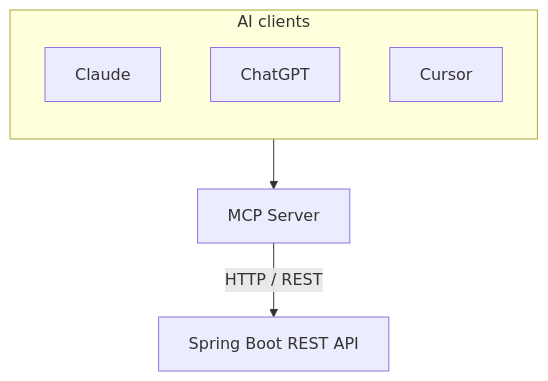
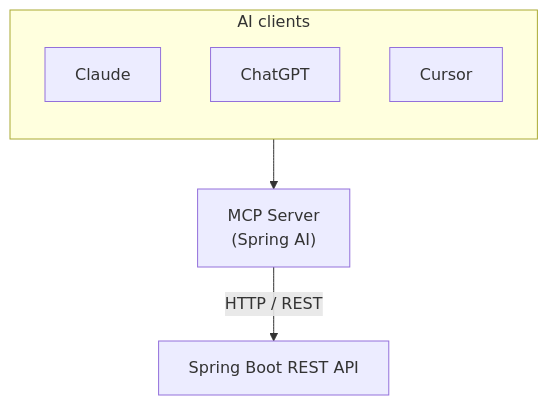
The second of 3 diagrams in src/content/articles/mcp/adapting-spring-boot-rest-to-mcp.mdx (farukzahra/astro), drawn with Mermaid before and after one commit. The commit also changed other lines of this file and 8 other files, not shown here.

````diff
--- a/src/content/articles/mcp/adapting-spring-boot-rest-to-mcp.mdx
+++ b/src/content/articles/mcp/adapting-spring-boot-rest-to-mcp.mdx
@@ -93,15 +82,15 @@
 ```mermaid
 flowchart TB
   subgraph clients["AI clients"]
     direction TB
     Claude
     ChatGPT
     Cursor
   end
 
-  MCP["MCP Server"]
+  MCP["MCP Server<br/>(Spring AI)"]
   REST["Spring Boot REST API"]
 
   clients --> MCP
   MCP -->|"HTTP / REST"| REST
 ```
````
